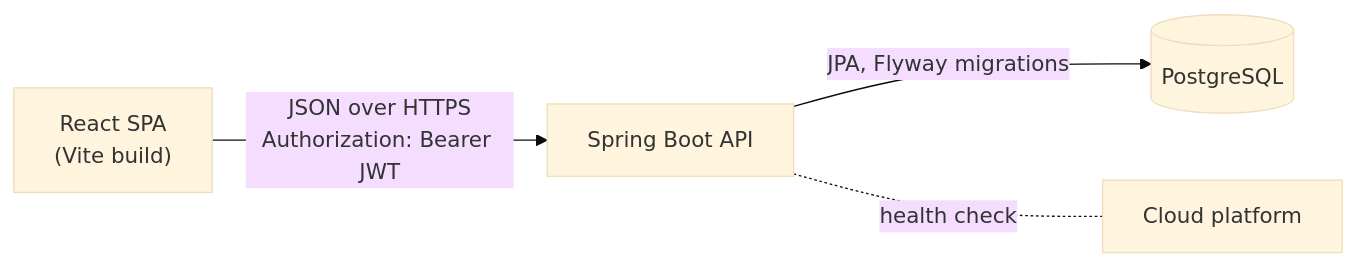
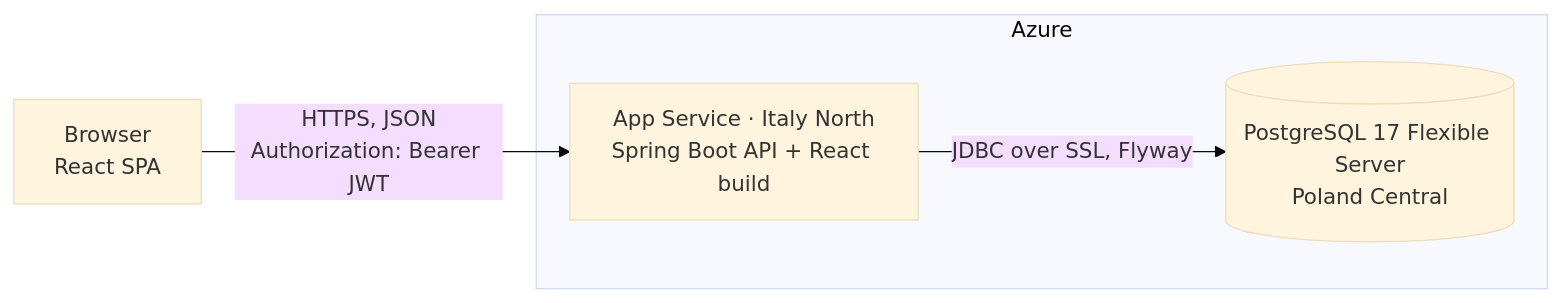
One commit to cmigle/Done-n-Dusted changed the diagram in README.md. Above: the diagram before and after it, drawn with Mermaid (base theme). The commit also changed other lines of this file and 1 other file, not shown here.

Commit message:
Document Azure deployment

````diff
--- a/README.md
+++ b/README.md
@@ -40,6 +44,9 @@
 ```mermaid
 flowchart LR
-    Browser["React SPA<br/>(Vite build)"] -- "JSON over HTTPS<br/>Authorization: Bearer JWT" --> API["Spring Boot API"]
-    API -- "JPA, Flyway migrations" --> DB[("PostgreSQL")]
-    API -. "health check" .- Cloud["Cloud platform"]
+    Browser["Browser<br/>React SPA"] -- "HTTPS, JSON<br/>Authorization: Bearer JWT" --> App
+    subgraph Azure
+        App["App Service · Italy North<br/>Spring Boot API + React build"]
+        DB[("PostgreSQL 17 Flexible Server<br/>Poland Central")]
+    end
+    App -- "JDBC over SSL, Flyway" --> DB
 ```
````
